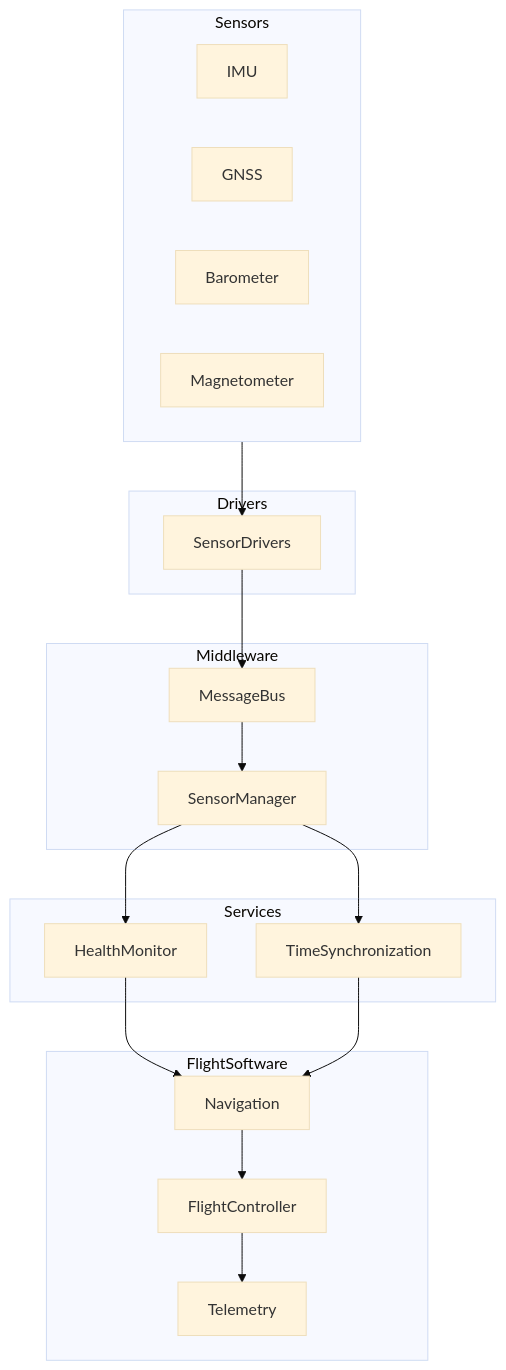
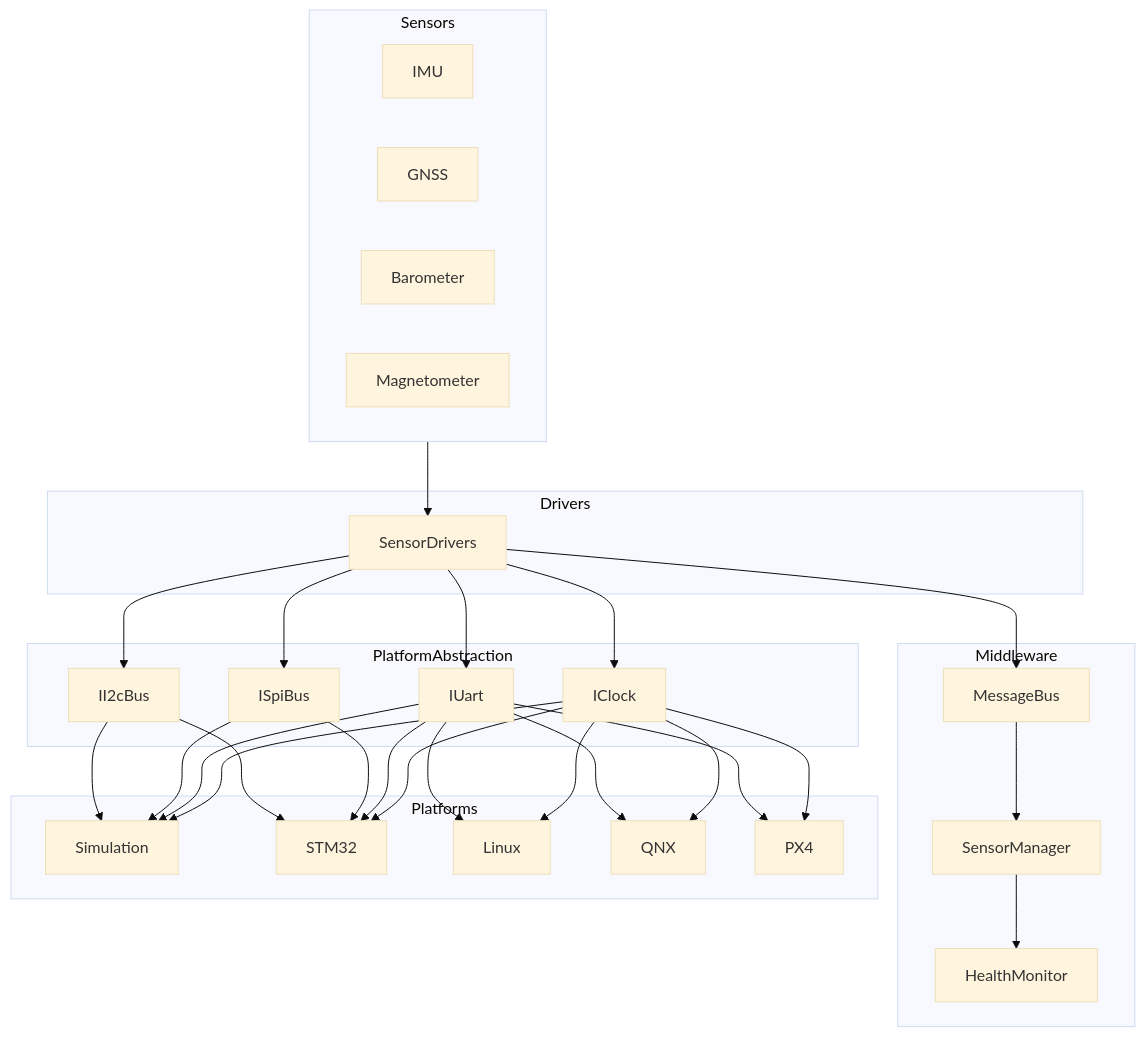
The diagram in README.md (Vaiy108/autonomous-uav-avionics-control-stack), drawn with Mermaid (base theme) before and after one commit. The commit also changed other lines of this file, not shown here.

Commit message:
Update README with Platform Abstraction Layer description

`````diff
--- a/README.md
+++ b/README.md
@@ -57,44 +71,63 @@
 ```mermaid
-flowchart TB
+flowchart TD
 
 subgraph Sensors
 IMU
 GNSS
 Barometer
 Magnetometer
 end
 
 subgraph Drivers
 SensorDrivers
 end
 
 subgraph Middleware
 MessageBus
 SensorManager
+HealthMonitor
 end
 
-subgraph Services
-HealthMonitor
-TimeSynchronization
+subgraph PlatformAbstraction
+IClock
+IUart
+ISpiBus
+II2cBus
 end
 
-subgraph FlightSoftware
-Navigation
-FlightController
-Telemetry
+subgraph Platforms
+Simulation
+STM32
+Linux
+QNX
+PX4
 end
 
 Sensors --> SensorDrivers
 SensorDrivers --> MessageBus
 MessageBus --> SensorManager
+SensorManager --> HealthMonitor
 
-SensorManager --> HealthMonitor
-SensorManager --> TimeSynchronization
+SensorDrivers --> IClock
+SensorDrivers --> IUart
+SensorDrivers --> ISpiBus
+SensorDrivers --> II2cBus
 
-HealthMonitor --> Navigation
-TimeSynchronization --> Navigation
+IClock --> Simulation
+IClock --> STM32
+IClock --> Linux
+IClock --> QNX
+IClock --> PX4
 
-Navigation --> FlightController
-FlightController --> Telemetry
+IUart --> Simulation
+IUart --> STM32
+IUart --> Linux
+IUart --> QNX
+IUart --> PX4
 
-````
+ISpiBus --> Simulation
+ISpiBus --> STM32
+
+II2cBus --> Simulation
+II2cBus --> STM32
+```
`````
